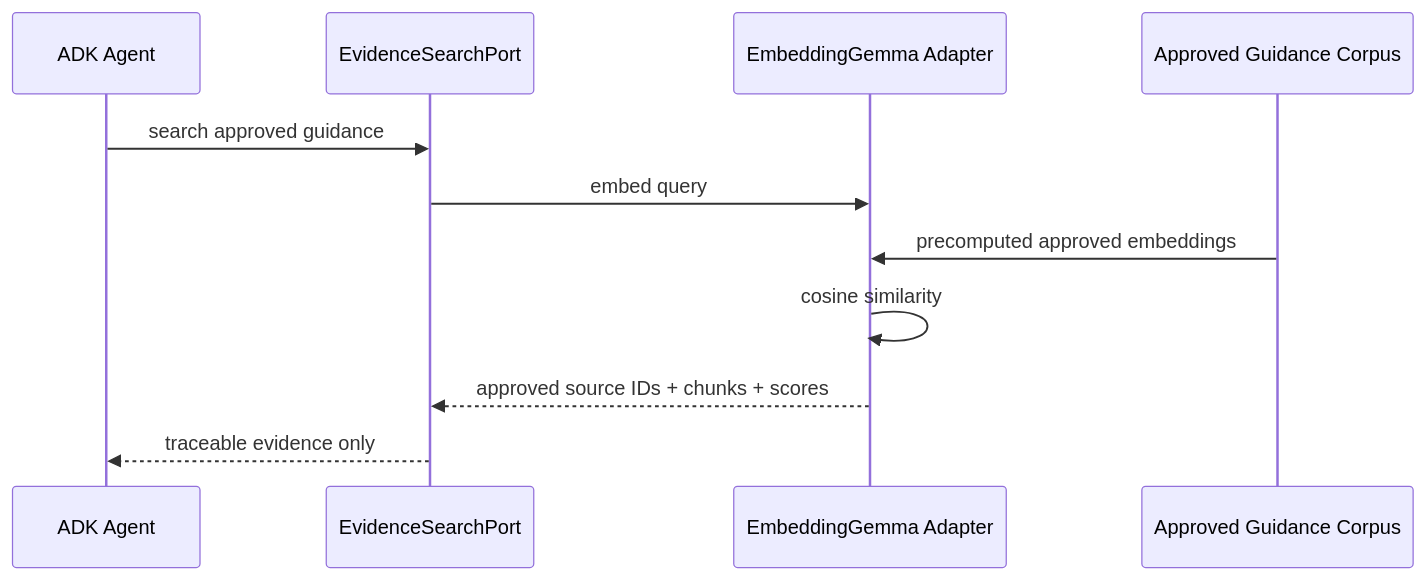
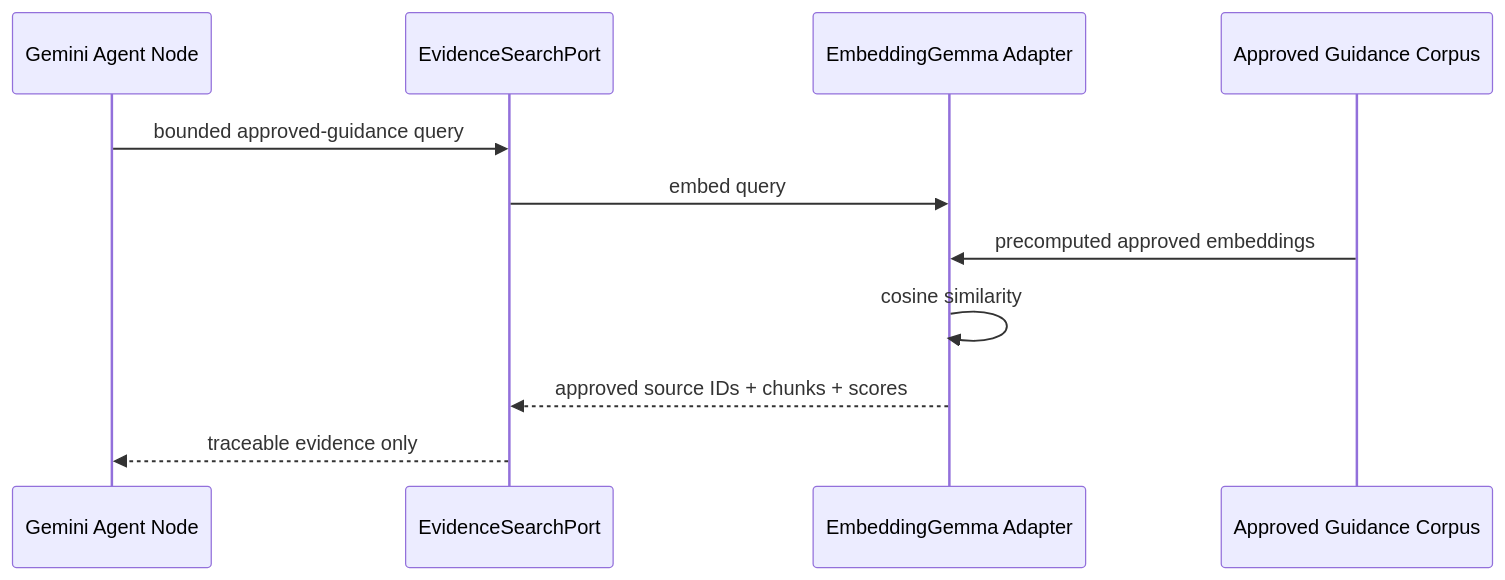
One commit to ronnielutaro/Ngabo-AMR-Surveillance changed the ninth of 11 diagrams in docs/SYSTEM_DESIGN.md. Above: the diagram before and after it, drawn with Mermaid. The commit also changed other lines of this file, not shown here.

Commit message:
docs(architecture): show graph-first investigation design

````diff
--- a/docs/SYSTEM_DESIGN.md
+++ b/docs/SYSTEM_DESIGN.md
@@ -388,14 +470,14 @@
 ```mermaid
 sequenceDiagram
-    participant Agent as ADK Agent
+    participant Agent as Gemini Agent Node
     participant Port as EvidenceSearchPort
     participant Embed as EmbeddingGemma Adapter
     participant Corpus as Approved Guidance Corpus
 
-    Agent->>Port: search approved guidance
+    Agent->>Port: bounded approved-guidance query
     Port->>Embed: embed query
     Corpus->>Embed: precomputed approved embeddings
     Embed->>Embed: cosine similarity
     Embed-->>Port: approved source IDs + chunks + scores
     Port-->>Agent: traceable evidence only
 ```
````
